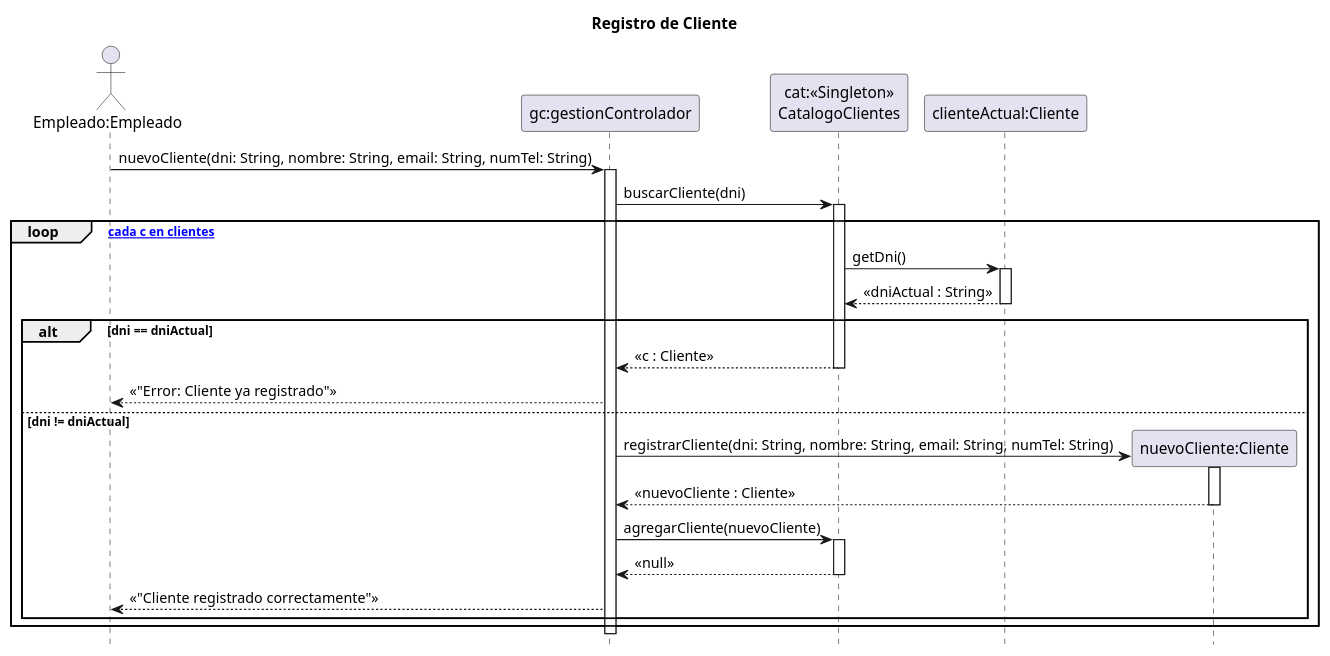
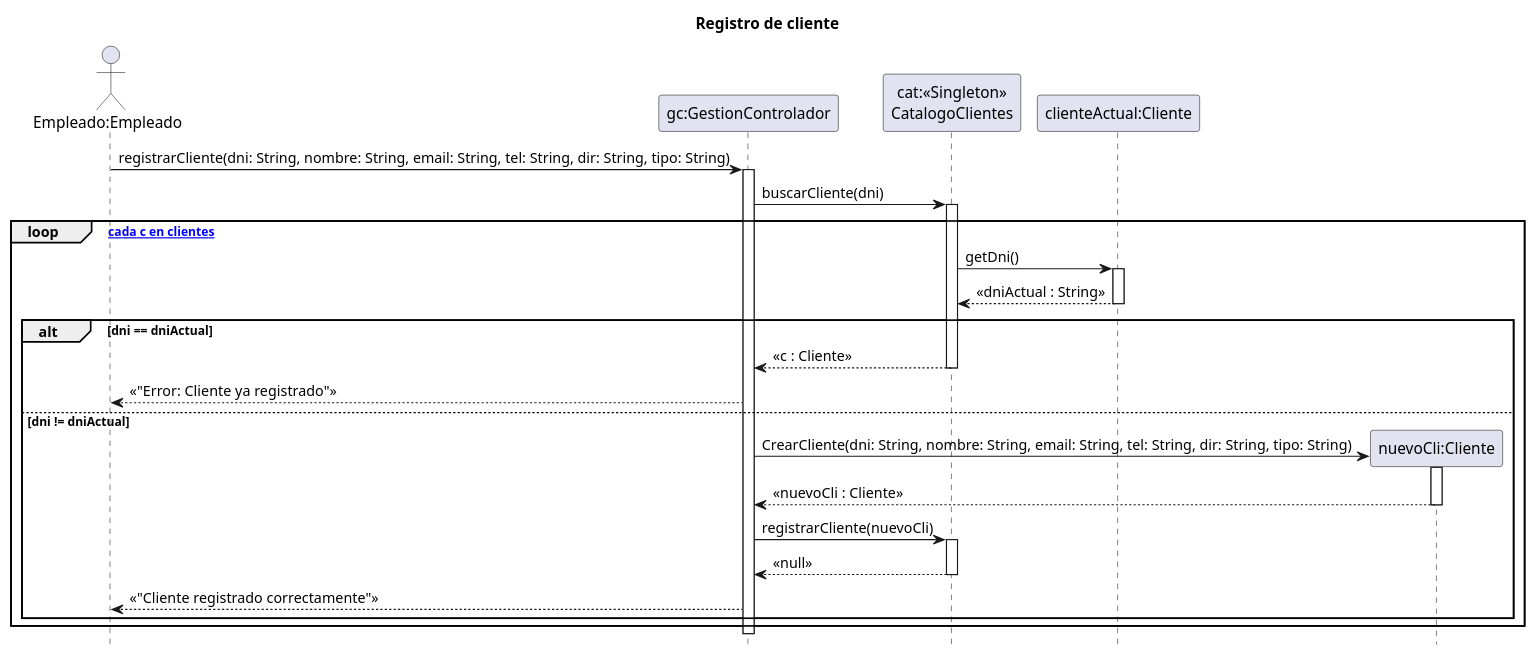
One commit to zEzequR/PF-I changed the diagram in 08 - Diagramas de Secuencia de Diseño/CargaClientes/CargaClientes.puml. Above: the diagram before and after it, drawn with PlantUML. The commit also changed 9 other files, not shown here.

Commit message:
Diagramas de Carga

```diff
--- a/08 - Diagramas de Secuencia de Diseño/CargaClientes/CargaClientes.puml
+++ b/08 - Diagramas de Secuencia de Diseño/CargaClientes/CargaClientes.puml
@@ -1,51 +1,51 @@
 @startuml
-title Registro de Cliente
+title Registro de cliente
 
 hide footbox
 
 actor "Empleado:Empleado" as emp
-participant "gc:gestionControlador" as ctrl
+participant "gc:GestionControlador" as ctrl
 participant "cat:<<Singleton>>\nCatalogoClientes" as cat
 participant "clienteActual:Cliente" as cliente_actual
 
-emp -> ctrl : nuevoCliente(dni: String, nombre: String, email: String, numTel: String)
+emp -> ctrl : registrarCliente(dni: String, nombre: String, email: String, tel: String, dir: String, tipo: String)
 activate ctrl
 
 ctrl -> cat : buscarCliente(dni)
 activate cat
 
 loop [para cada c en clientes]
     cat -> cliente_actual : getDni()
     activate cliente_actual
     cliente_actual --> cat : << dniActual : String >>
     deactivate cliente_actual
     
     alt dni == dniActual
         cat --> ctrl : << c : Cliente >>
         deactivate cat
         
         ctrl --> emp : << "Error: Cliente ya registrado" >>
 
     else dni != dniActual
 
         deactivate cat
 
-        create participant "nuevoCliente:Cliente" as nuevo_cliente
-        ctrl -> nuevo_cliente : registrarCliente(dni: String, nombre: String, email: String, numTel: String)
-        activate nuevo_cliente
-        nuevo_cliente --> ctrl : << nuevoCliente : Cliente >>
-        deactivate nuevo_cliente
+        create participant "nuevoCli:Cliente" as nuevo_cli
+        ctrl -> nuevo_cli : CrearCliente(dni: String, nombre: String, email: String, tel: String, dir: String, tipo: String)
+        activate nuevo_cli
+        nuevo_cli --> ctrl : << nuevoCli : Cliente >>
+        deactivate nuevo_cli
 
-        ctrl -> cat : agregarCliente(nuevoCliente)
+        ctrl -> cat : registrarCliente(nuevoCli)
         activate cat
         
         cat --> ctrl : << null >>
         deactivate cat
         
         ctrl --> emp : << "Cliente registrado correctamente" >>
         
     end
 end
 
 deactivate ctrl
 @enduml
```
